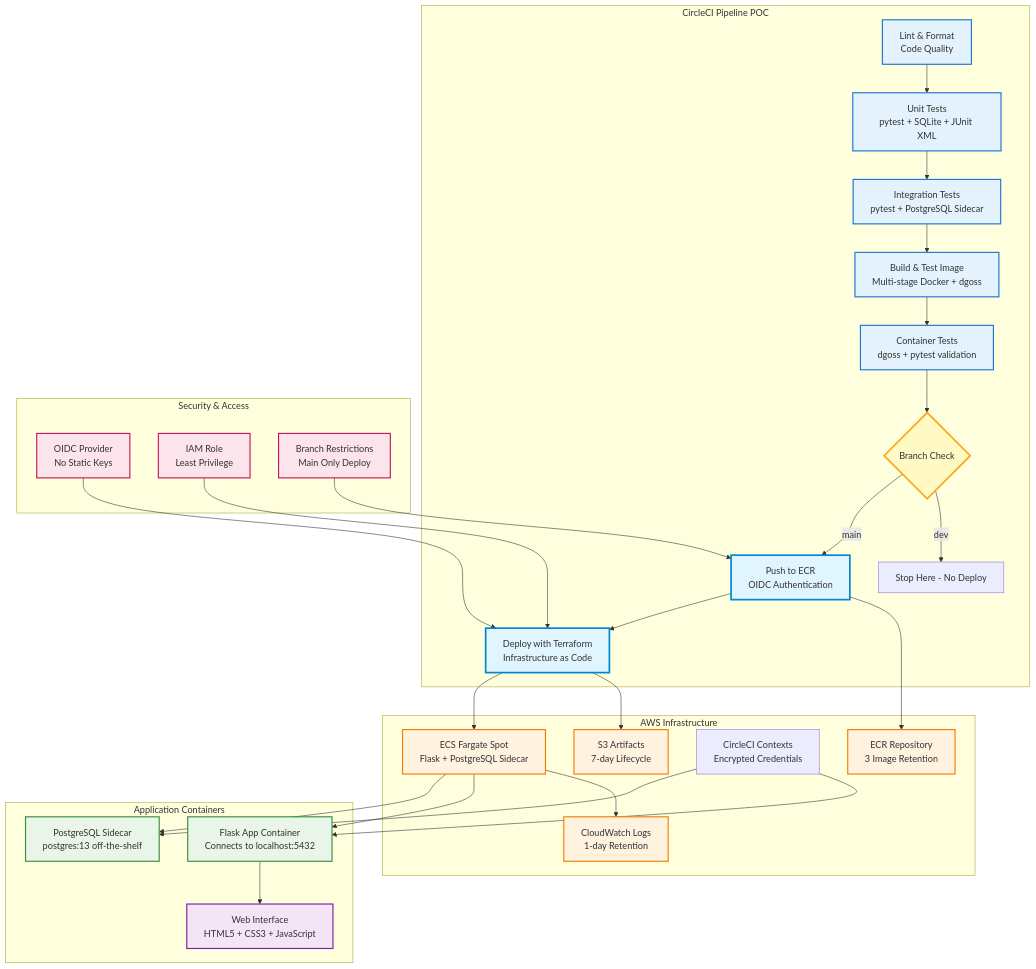
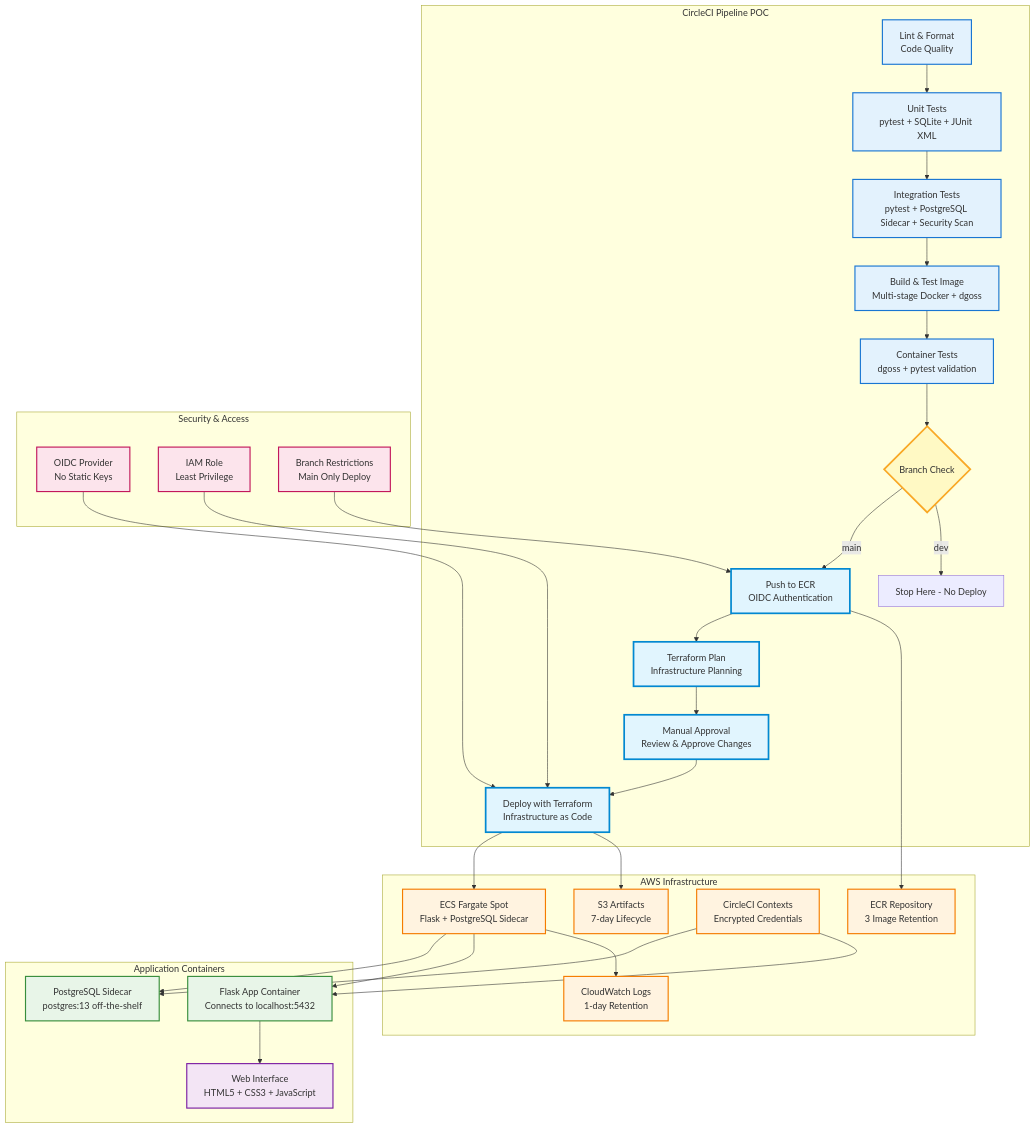
One commit to JoeStratton/circle-ci-webapp-poc changed the diagram in architecture.mermaid. Above: the diagram before and after it, drawn with Mermaid. The commit also changed 16 other files, not shown here.

```diff
--- a/architecture.mermaid
+++ b/architecture.mermaid
@@ -1,62 +1,64 @@
 graph TB    
     subgraph "CircleCI Pipeline POC"
         F[Lint & Format<br/>Code Quality] --> G[Unit Tests<br/>pytest + SQLite + JUnit XML]
-        G --> H[Integration Tests<br/>pytest + PostgreSQL Sidecar]
+        G --> H[Integration Tests<br/>pytest + PostgreSQL Sidecar + Security Scan]
         H --> I[Build & Test Image<br/>Multi-stage Docker + dgoss]
         I --> J[Container Tests<br/>dgoss + pytest validation]
         J --> K{Branch Check}
         K -->|main| N[Push to ECR<br/>OIDC Authentication]
         K -->|dev| M[Stop Here - No Deploy]
-        N --> O[Deploy with Terraform<br/>Infrastructure as Code]
+        N --> P[Terraform Plan<br/>Infrastructure Planning]
+        P --> Q[Manual Approval<br/>Review & Approve Changes]
+        Q --> R[Deploy with Terraform<br/>Infrastructure as Code]
     end
     
     subgraph "AWS Infrastructure"
-        P[ECR Repository<br/>3 Image Retention]
-        Q[ECS Fargate Spot<br/>Flask + PostgreSQL Sidecar]
-        R[CircleCI Contexts<br/>Encrypted Credentials]
-        S[S3 Artifacts<br/>7-day Lifecycle]
-        T[CloudWatch Logs<br/>1-day Retention]
+        S[ECR Repository<br/>3 Image Retention]
+        T[ECS Fargate Spot<br/>Flask + PostgreSQL Sidecar]
+        U[CircleCI Contexts<br/>Encrypted Credentials]
+        V[S3 Artifacts<br/>7-day Lifecycle]
+        W[CloudWatch Logs<br/>1-day Retention]
     end
     
     subgraph "Application Containers"
-        U[PostgreSQL Sidecar<br/>postgres:13 off-the-shelf]
-        V[Flask App Container<br/>Connects to localhost:5432]
-        W[Web Interface<br/>HTML5 + CSS3 + JavaScript]
+        X[PostgreSQL Sidecar<br/>postgres:13 off-the-shelf]
+        Y[Flask App Container<br/>Connects to localhost:5432]
+        Z[Web Interface<br/>HTML5 + CSS3 + JavaScript]
     end
     
     subgraph "Security & Access"
-        Z[OIDC Provider<br/>No Static Keys]
-        AA[IAM Role<br/>Least Privilege]
-        BB[Branch Restrictions<br/>Main Only Deploy]
+        AA[OIDC Provider<br/>No Static Keys]
+        BB[IAM Role<br/>Least Privilege]
+        CC[Branch Restrictions<br/>Main Only Deploy]
     end
     
     %% Connections
-    N --> P
-    O --> Q
-    Q --> U
-    Q --> V
-    V --> W
-    R --> U
+    N --> S
+    R --> T
+    T --> X
+    T --> Y
+    Y --> Z
+    U --> X
+    U --> Y
     R --> V
-    O --> S
-    Q --> T
-    Z --> O
-    AA --> O
-    BB --> N
+    T --> W
+    AA --> R
+    BB --> R
+    CC --> N
     
     %% Styling
     classDef pipeline fill:#e3f2fd,stroke:#1976d2,stroke-width:2px
     classDef aws fill:#fff3e0,stroke:#f57c00,stroke-width:2px
     classDef application fill:#e8f5e8,stroke:#388e3c,stroke-width:2px
     classDef security fill:#fce4ec,stroke:#c2185b,stroke-width:2px
     classDef decision fill:#fff9c4,stroke:#f9a825,stroke-width:3px
     classDef deploy fill:#e1f5fe,stroke:#0288d1,stroke-width:3px
     classDef web fill:#f3e5f5,stroke:#7b1fa2,stroke-width:2px
     
     class F,G,H,I,J pipeline
-    class P,Q,S,T aws
-    class U,V application
-    class W web
-    class Z,AA,BB security
+    class S,T,U,V,W aws
+    class X,Y application
+    class Z web
+    class AA,BB,CC security
     class K decision
-    class N,O deploy
+    class N,P,Q,R deploy
```
